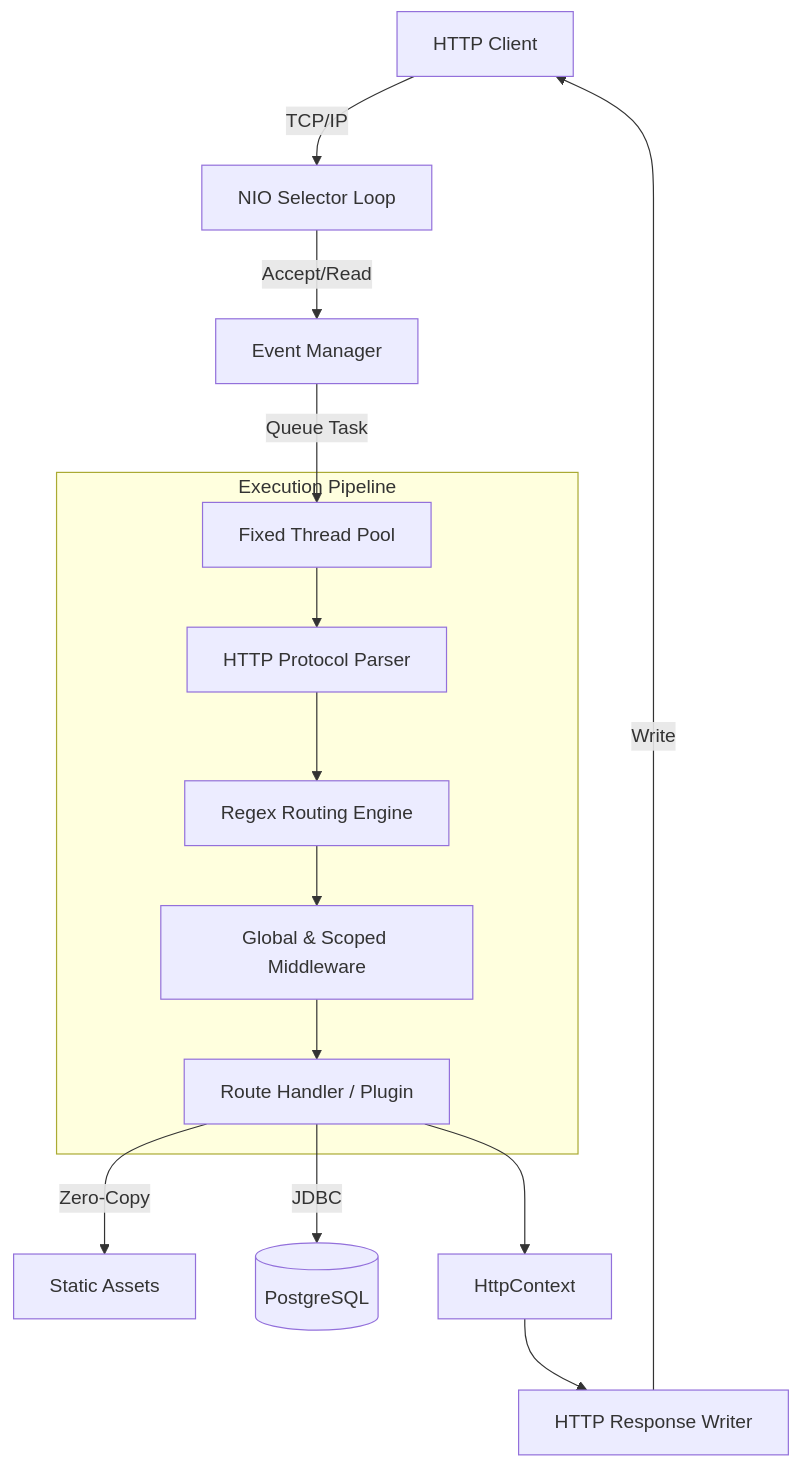
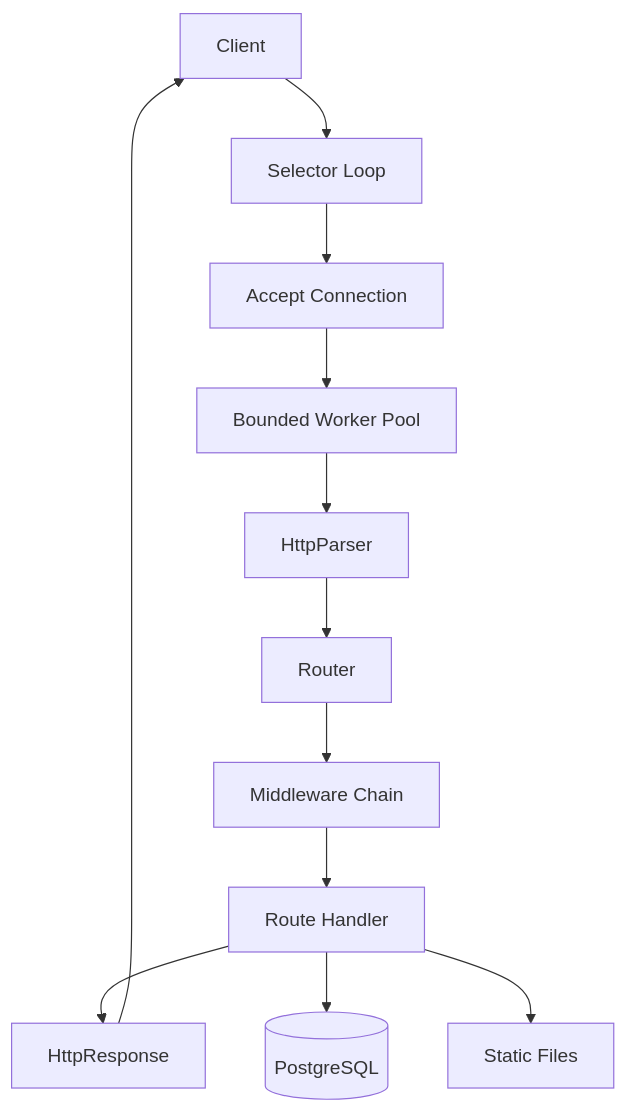
The first of 2 diagrams in README.md (jhanvi857/coreHTTP), drawn with Mermaid before and after one commit. The commit also changed other lines of this file and 1 other file, not shown here.

````diff
--- a/README.md
+++ b/README.md
@@ -204,20 +205,15 @@
 ```mermaid
 graph TD
-    Client[HTTP Client] -->|TCP/IP| Selector[NIO Selector Loop]
-    Selector -->|Accept/Read| EventManager[Event Manager]
-    EventManager -->|Queue Task| WorkerPool[Fixed Thread Pool]
-    
-    subgraph Execution Pipeline
-        WorkerPool --> Parser[HTTP Protocol Parser]
-        Parser --> Router[Regex Routing Engine]
-        Router --> MiddlewareChain[Global & Scoped Middleware]
-        MiddlewareChain --> Handler[Route Handler / Plugin]
-    end
-    
-    Handler -->|Zero-Copy| FileSystem[Static Assets]
-    Handler -->|JDBC| Database[(PostgreSQL)]
-    
-    Handler --> Context[HttpContext]
-    Context --> Responder[HTTP Response Writer]
-    Responder -->|Write| Client
+    C[Client] --> S[Selector Loop]
+    S --> A[Accept Connection]
+    A --> P[Bounded Worker Pool]
+    P --> HP[HttpParser]
+    HP --> R[Router]
+    R --> MW[Middleware Chain]
+    MW --> H[Route Handler]
+    H --> RES[HttpResponse]
+    RES --> C
+
+    H --> DB[(PostgreSQL)]
+    H --> FS[Static Files]
 ```
````
